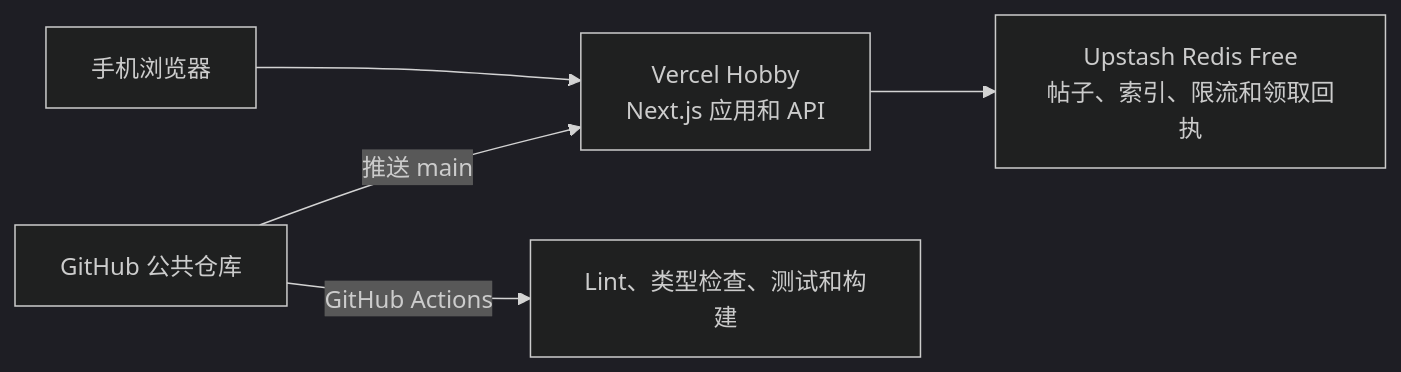
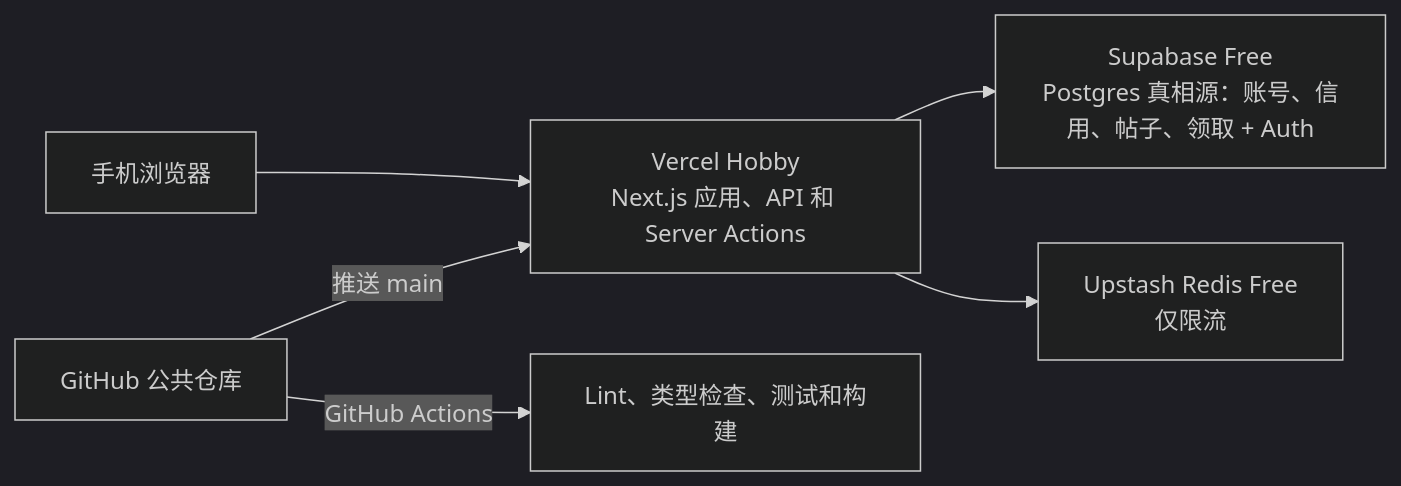
Before and after one commit to wwwwwwwwang/cmcc-puzzle-hub: the diagram in docs/零预算部署与开源指南.md, drawn with Mermaid (dark theme). The commit also changed other lines of this file and 3 other files, not shown here.

````diff
--- a/docs/零预算部署与开源指南.md
+++ b/docs/零预算部署与开源指南.md
@@ -9,7 +9,8 @@
 ```mermaid
 flowchart LR
-  U[手机浏览器] --> V[Vercel Hobby<br/>Next.js 应用和 API]
-  V --> R[Upstash Redis Free<br/>帖子、索引、限流和领取回执]
+  U[手机浏览器] --> V[Vercel Hobby<br/>Next.js 应用、API 和 Server Actions]
+  V --> S[Supabase Free<br/>Postgres 真相源：账号、信用、帖子、领取 + Auth]
+  V --> R[Upstash Redis Free<br/>仅限流]
   G[GitHub 公共仓库] -->|推送 main| V
   G -->|GitHub Actions| C[Lint、类型检查、测试和构建]
 ```
````
